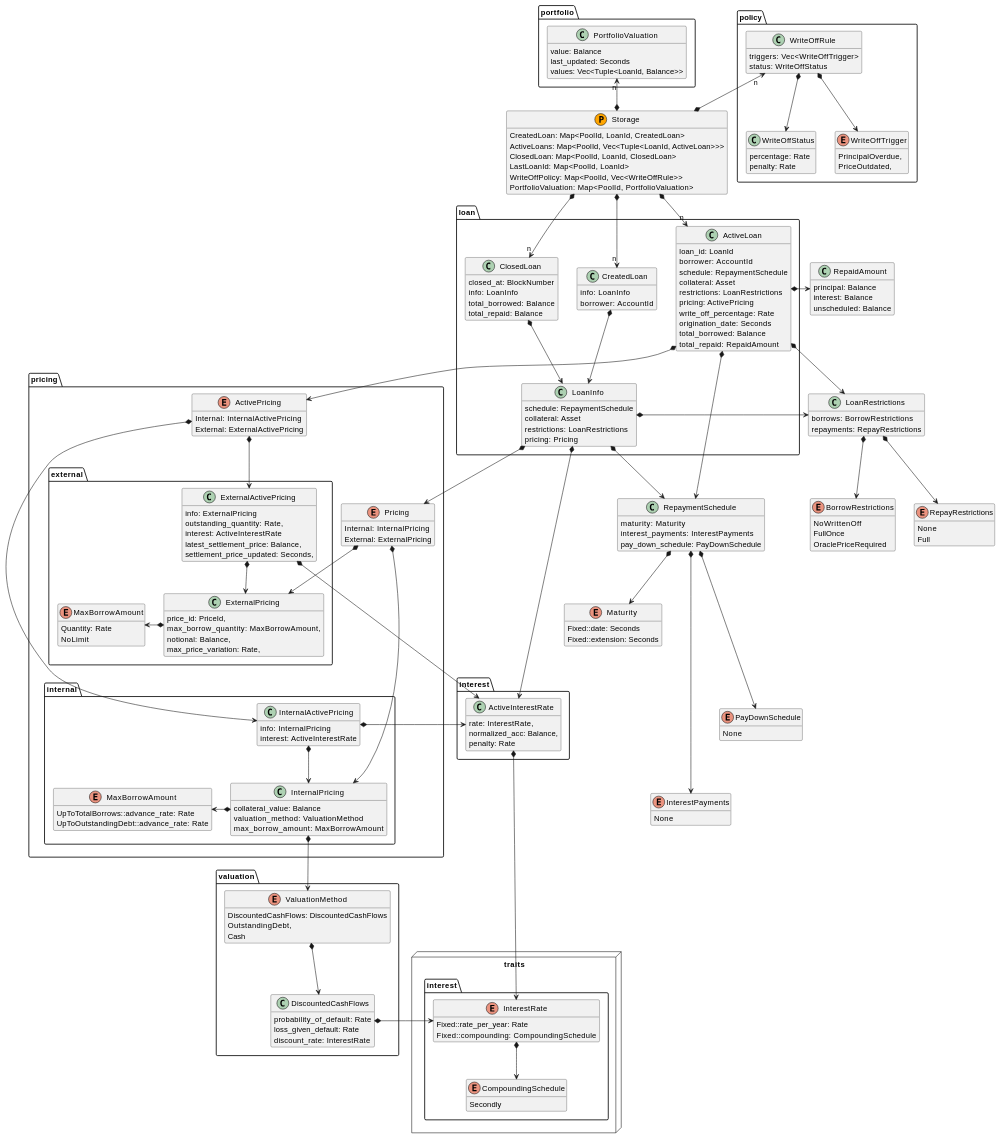
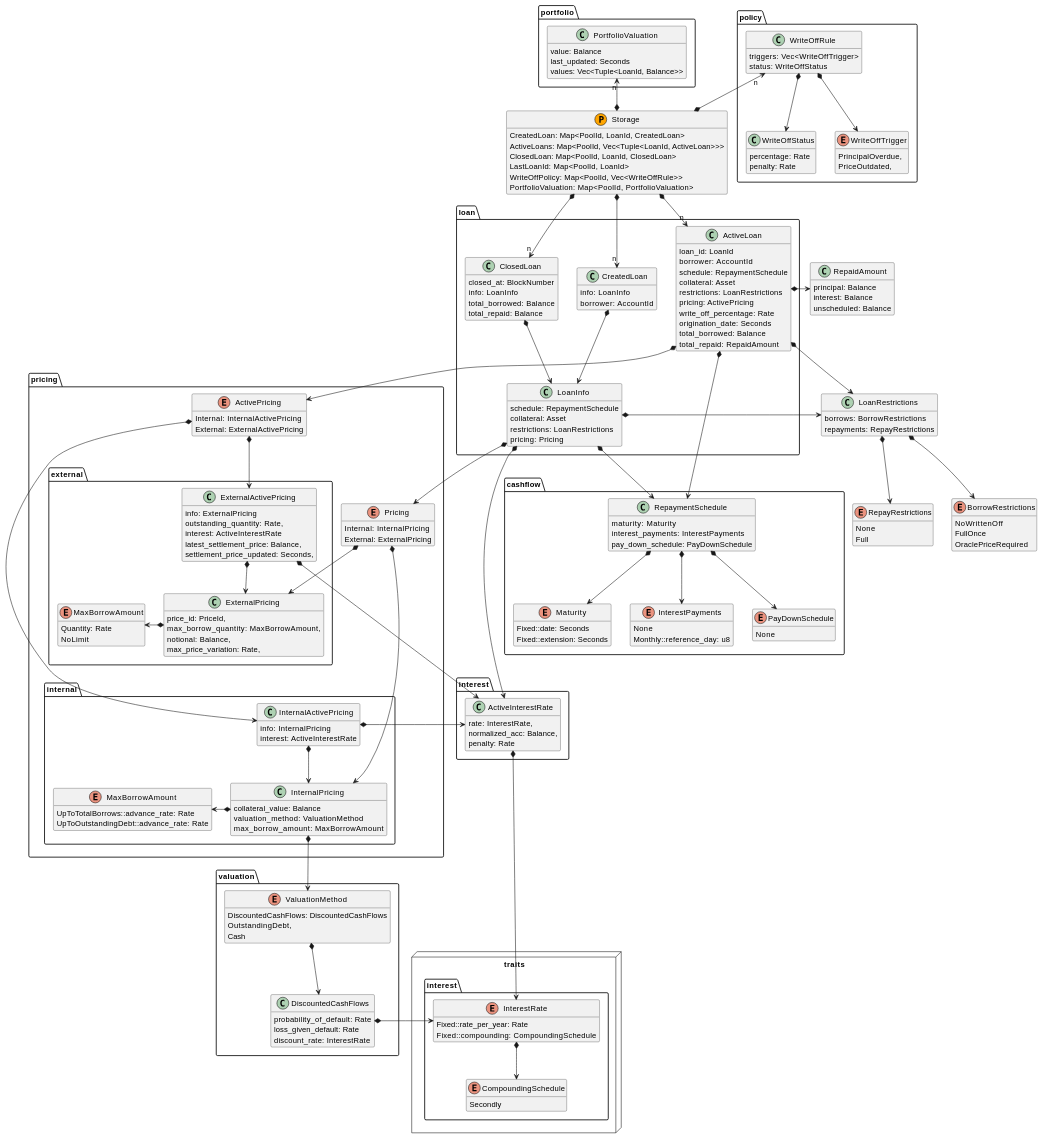
The diagram in pallets/loans/docs/types.md (centrifuge/centrifuge-chain), drawn with PlantUML before and after one commit.

```diff
--- a/pallets/loans/docs/types.md
+++ b/pallets/loans/docs/types.md
@@ -4,28 +4,31 @@
 set namespaceSeparator ::
 hide methods
 
-enum Maturity {
-    Fixed::date: Seconds
-    Fixed::extension: Seconds
+package cashflow {
+    enum Maturity {
+        Fixed::date: Seconds
+        Fixed::extension: Seconds
+    }
+
+    enum InterestPayments {
+        None
+        Monthly::reference_day: u8
+    }
+
+    enum PayDownSchedule {
+        None
+    }
+
+    class RepaymentSchedule {
+        maturity: Maturity
+        interest_payments: InterestPayments
+        pay_down_schedule: PayDownSchedule
+    }
+
+    RepaymentSchedule *--> Maturity
+    RepaymentSchedule *--> PayDownSchedule
+    RepaymentSchedule *--> InterestPayments
 }
-
-enum InterestPayments {
-    None
-}
-
-enum PayDownSchedule {
-    None
-}
-
-class RepaymentSchedule {
-    maturity: Maturity
-    interest_payments: InterestPayments
-    pay_down_schedule: PayDownSchedule
-}
-
-RepaymentSchedule *--> Maturity
-RepaymentSchedule *---> PayDownSchedule
-RepaymentSchedule *----> InterestPayments
 
 enum BorrowRestrictions {
     NoWrittenOff
```
